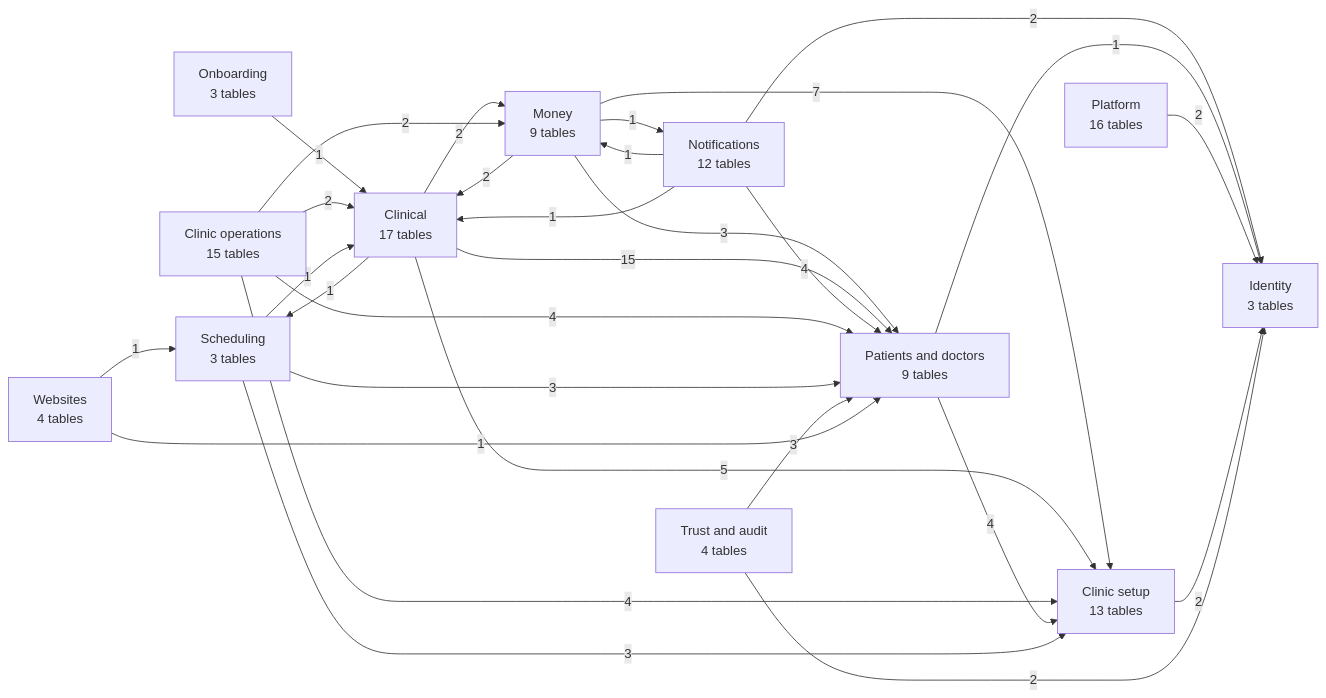
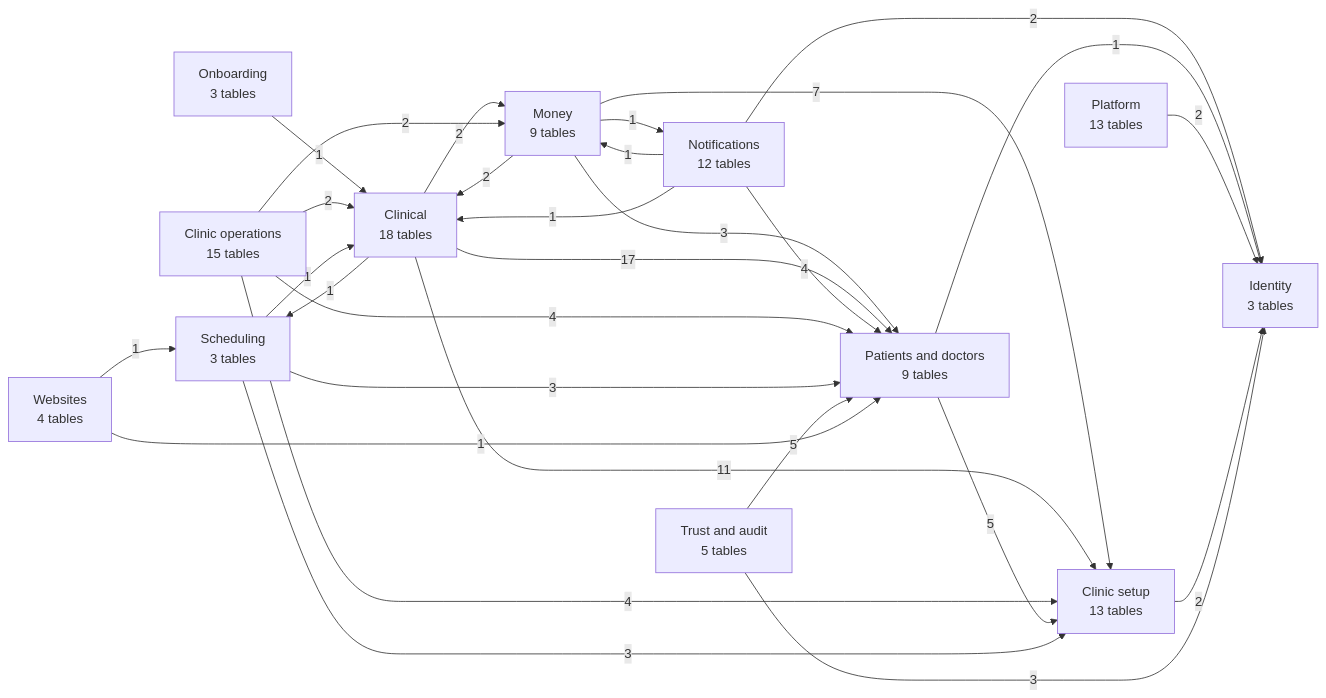
One commit to sakalyatechnologies/aarogyam changed the first of 13 diagrams in docs/database.md. Above: the diagram before and after it, drawn with Mermaid. The commit also changed other lines of this file and 6 other files, not shown here.

First line of the commit message:
docs(schema): apply review outcomes to the database design

````diff
--- a/docs/database.md
+++ b/docs/database.md
@@ -20,43 +25,43 @@
 ```mermaid
 flowchart LR
-  platform["Platform<br/>16 tables"]
+  platform["Platform<br/>13 tables"]
   iam["Identity<br/>3 tables"]
   tenancy["Clinic setup<br/>13 tables"]
   people["Patients and doctors<br/>9 tables"]
   scheduling["Scheduling<br/>3 tables"]
-  clinical["Clinical<br/>17 tables"]
+  clinical["Clinical<br/>18 tables"]
   ops["Clinic operations<br/>15 tables"]
   billing["Money<br/>9 tables"]
   notify["Notifications<br/>12 tables"]
   web["Websites<br/>4 tables"]
-  trust["Trust and audit<br/>4 tables"]
+  trust["Trust and audit<br/>5 tables"]
   onboarding["Onboarding<br/>3 tables"]
   billing -->|2| clinical
   billing -->|1| notify
   billing -->|3| people
   billing -->|7| tenancy
   clinical -->|2| billing
-  clinical -->|15| people
+  clinical -->|17| people
   clinical -->|1| scheduling
-  clinical -->|5| tenancy
+  clinical -->|11| tenancy
   notify -->|1| billing
   notify -->|1| clinical
   notify -->|2| iam
   notify -->|4| people
   onboarding -->|1| clinical
   ops -->|2| billing
   ops -->|2| clinical
   ops -->|4| people
   ops -->|4| tenancy
   people -->|1| iam
-  people -->|4| tenancy
+  people -->|5| tenancy
   platform -->|2| iam
   scheduling -->|1| clinical
   scheduling -->|3| people
   scheduling -->|3| tenancy
   tenancy -->|2| iam
-  trust -->|2| iam
-  trust -->|3| people
+  trust -->|3| iam
+  trust -->|5| people
   web -->|1| people
   web -->|1| scheduling
 ```
````
